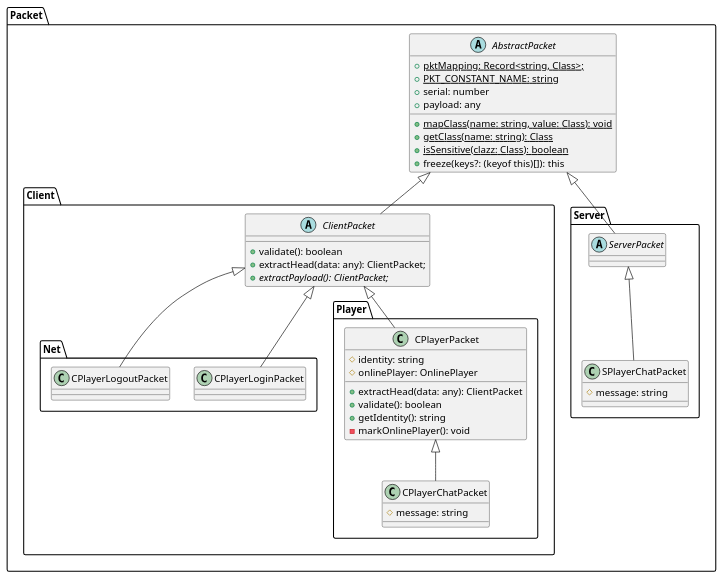
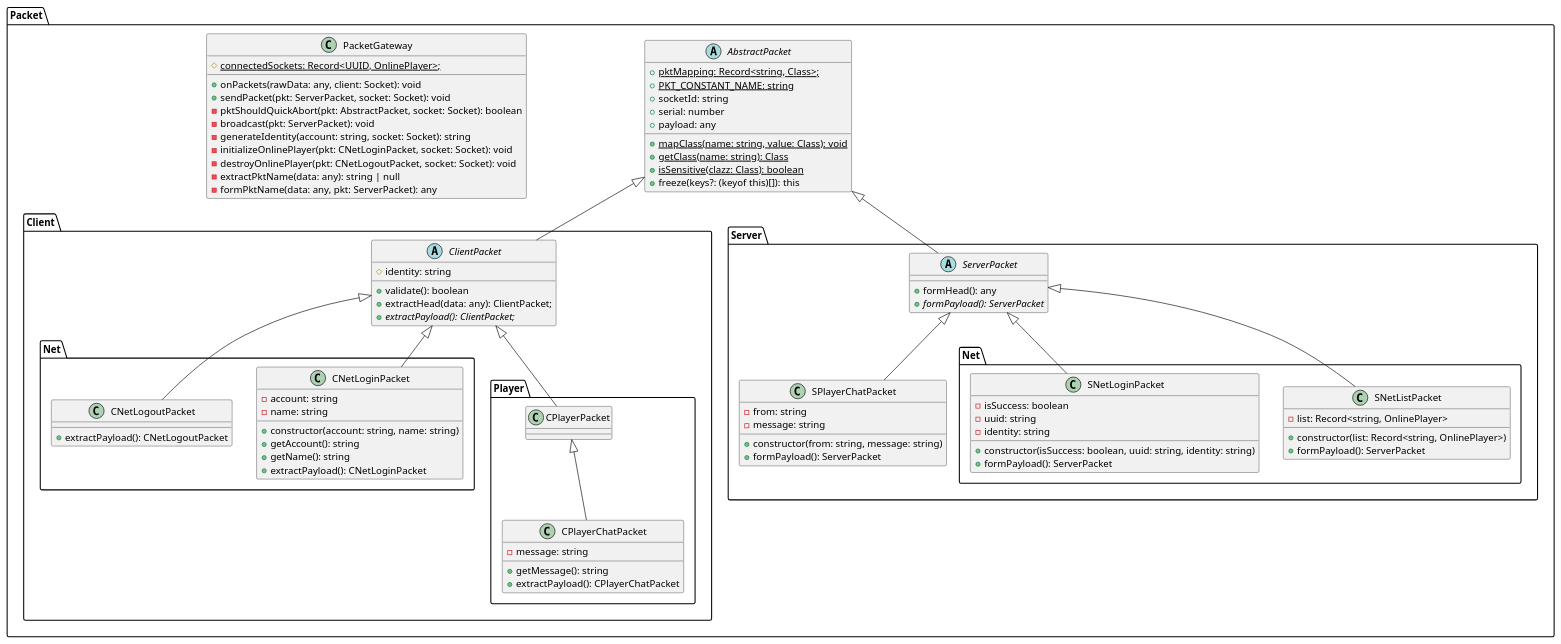
One commit to SibylForge/SibylForge changed the diagram in doc/uml/class-diagram/CD-Packet.puml. Above: the diagram before and after it, drawn with PlantUML. The commit also changed 14 other files, not shown here.

```diff
--- a/doc/uml/class-diagram/CD-Packet.puml
+++ b/doc/uml/class-diagram/CD-Packet.puml
@@ -1,52 +1,94 @@
 @startuml Packet
 
 namespace Packet {
 	abstract class AbstractPacket {
 		+{static} pktMapping: Record<string, Class>;
 		+{static} PKT_CONSTANT_NAME: string
+		+socketId: string
 		+serial: number
 		+payload: any
 		+{static} mapClass(name: string, value: Class): void
 		+{static} getClass(name: string): Class
 		+{static} isSensitive(clazz: Class): boolean
 		+freeze(keys?: (keyof this)[]): this
 	}
 
+	class PacketGateway {
+		#{static} connectedSockets: Record<UUID, OnlinePlayer>;
+		+onPackets(rawData: any, client: Socket): void
+		+sendPacket(pkt: ServerPacket, socket: Socket): void
+		-pktShouldQuickAbort(pkt: AbstractPacket, socket: Socket): boolean
+		-broadcast(pkt: ServerPacket): void
+		-generateIdentity(account: string, socket: Socket): string
+		-initializeOnlinePlayer(pkt: CNetLoginPacket, socket: Socket): void
+		-destroyOnlinePlayer(pkt: CNetLogoutPacket, socket: Socket): void
+		-extractPktName(data: any): string | null
+		-formPktName(data: any, pkt: ServerPacket): any
+	}
+
 	namespace Client {
 		abstract class ClientPacket extends .Packet.AbstractPacket {
+			#identity: string
 			+validate(): boolean
 			+extractHead(data: any): ClientPacket;
 			+{abstract} extractPayload(): ClientPacket;
 		}
 
 		namespace Net {
-			class CPlayerLoginPacket extends .Packet.Client.ClientPacket {}
-			class CPlayerLogoutPacket extends .Packet.Client.ClientPacket {}
+			class CNetLoginPacket extends .Packet.Client.ClientPacket {
+				-account: string
+				-name: string
+				+constructor(account: string, name: string)
+				+getAccount(): string
+				+getName(): string
+				+extractPayload(): CNetLoginPacket
+			}
+
+			class CNetLogoutPacket extends .Packet.Client.ClientPacket {
+				+extractPayload(): CNetLogoutPacket
+			}
 		}
 
 		namespace Player {
-			class CPlayerPacket extends .Packet.Client.ClientPacket {
-				#identity: string
-				#onlinePlayer: OnlinePlayer
-				+extractHead(data: any): ClientPacket
-				+validate(): boolean
-				+getIdentity(): string
-				-markOnlinePlayer(): void
-			}
+			class CPlayerPacket extends .Packet.Client.ClientPacket {}
 
 			class CPlayerChatPacket extends CPlayerPacket {
-				#message: string
+				-message: string
+				+getMessage(): string
+				+extractPayload(): CPlayerChatPacket
 			}
 		}
 	}
 
 	namespace Server {
-		abstract class ServerPacket extends .Packet.AbstractPacket {}
+		abstract class ServerPacket extends .Packet.AbstractPacket {
+			+formHead(): any
+			+{abstract} formPayload(): ServerPacket
+		}
+
+		namespace Net {
+			class SNetListPacket extends .Packet.Server.ServerPacket {
+				-list: Record<string, OnlinePlayer>
+				+constructor(list: Record<string, OnlinePlayer>)
+				+formPayload(): ServerPacket
+			}
+
+			class SNetLoginPacket extends .Packet.Server.ServerPacket {
+				-isSuccess: boolean
+				-uuid: string
+				- identity: string
+				+constructor(isSuccess: boolean, uuid: string, identity: string)
+				+formPayload(): ServerPacket
+			}
+		}
 
 		class SPlayerChatPacket extends ServerPacket {
-			#message: string
+			-from: string
+			-message: string
+			+constructor(from: string, message: string)
+			+formPayload(): ServerPacket
 		}
 	}
 }
 
 @enduml
```
